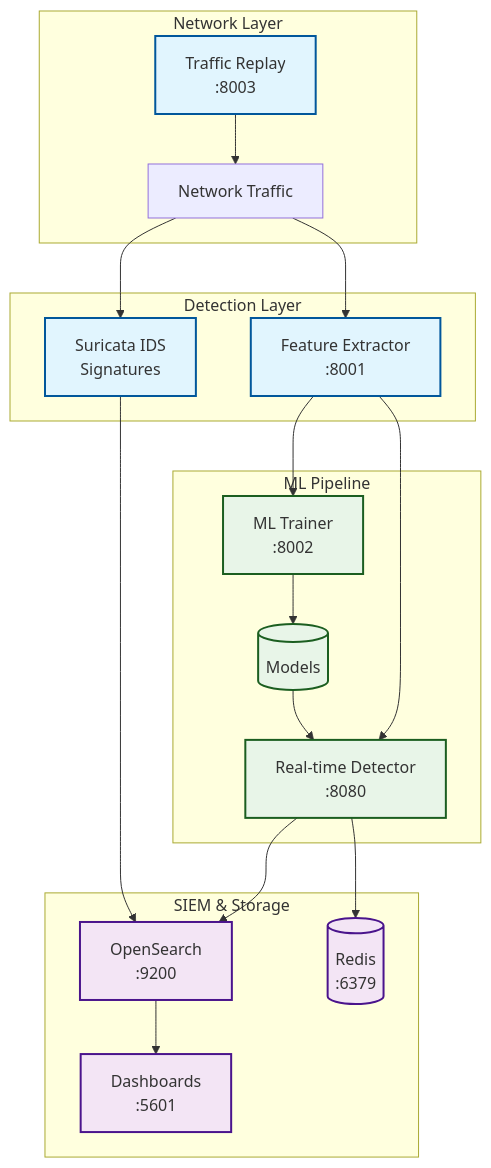
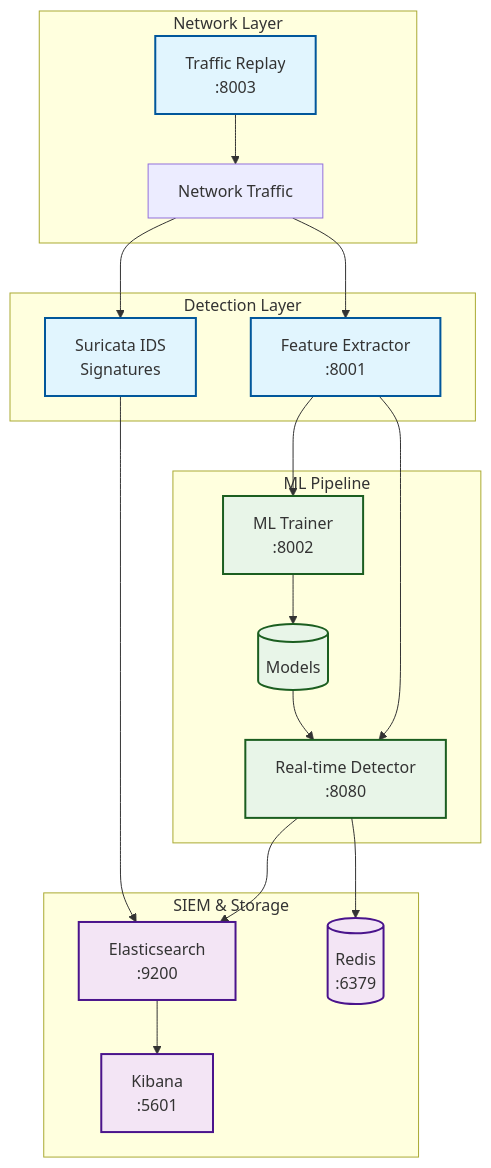
Before and after one commit to holdennguyen/suricata-ml-ids: the first of 5 diagrams in README.md, drawn with Mermaid. The commit also changed other lines of this file and 6 other files, not shown here.

````diff
--- a/README.md
+++ b/README.md
@@ -63,44 +69,44 @@
 ```mermaid
 graph TB
     subgraph "Network Layer"
         Traffic[Network Traffic]
         Replay[Traffic Replay<br/>:8003]
     end
     
     subgraph "Detection Layer"
         Suricata[Suricata IDS<br/>Signatures]
         FE[Feature Extractor<br/>:8001]
     end
     
     subgraph "ML Pipeline"
         Trainer[ML Trainer<br/>:8002]
         Models[(Models)]
         RD[Real-time Detector<br/>:8080]
     end
     
     subgraph "SIEM & Storage"
-        OS[OpenSearch<br/>:9200]
-        OSD[Dashboards<br/>:5601]
+        ES[Elasticsearch<br/>:9200]
+        KB[Kibana<br/>:5601]
         Redis[(Redis<br/>:6379)]
     end
     
     Traffic --> Suricata
     Traffic --> FE
     Replay --> Traffic
-    Suricata --> OS
+    Suricata --> ES
     FE --> Trainer
     Trainer --> Models
     Models --> RD
     FE --> RD
-    RD --> OS
-    OS --> OSD
+    RD --> ES
+    ES --> KB
     RD --> Redis
     
     classDef serviceBox fill:#e1f5fe,stroke:#01579b,stroke-width:2px
     classDef dataBox fill:#f3e5f5,stroke:#4a148c,stroke-width:2px
     classDef mlBox fill:#e8f5e8,stroke:#1b5e20,stroke-width:2px
     
     class Suricata,FE,Replay serviceBox
     class Trainer,RD,Models mlBox
-    class OS,OSD,Redis dataBox
+    class ES,KB,Redis dataBox
 ```
````
